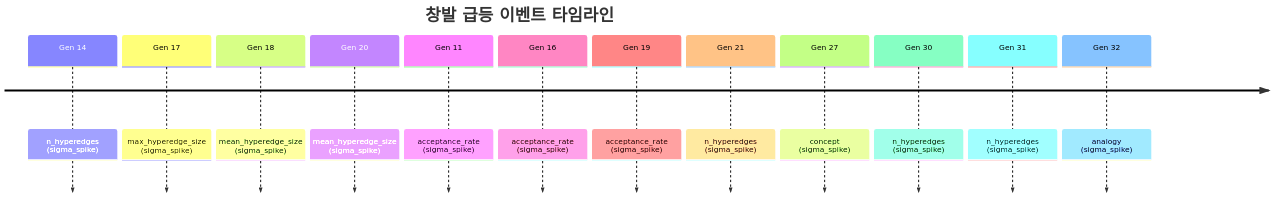
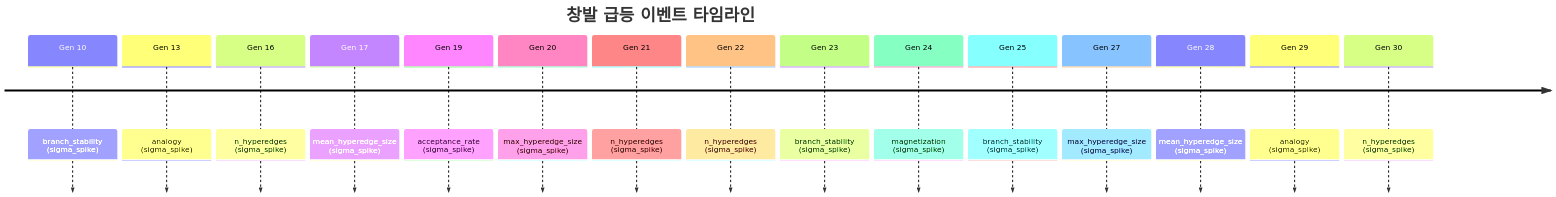
One commit to need-singularity/test-1 changed the second of 2 diagrams in README.md. Above: the diagram before and after it, drawn with Mermaid. The commit also changed other lines of this file and 19 other files, not shown here.

````diff
--- a/README.md
+++ b/README.md
@@ -110,16 +110,19 @@
 ```mermaid
 timeline
     title 창발 급등 이벤트 타임라인
-    Gen 14 : n_hyperedges (sigma_spike)
-    Gen 17 : max_hyperedge_size (sigma_spike)
-    Gen 18 : mean_hyperedge_size (sigma_spike)
-    Gen 20 : mean_hyperedge_size (sigma_spike)
-    Gen 11 : acceptance_rate (sigma_spike)
-    Gen 16 : acceptance_rate (sigma_spike)
+    Gen 10 : branch_stability (sigma_spike)
+    Gen 13 : analogy (sigma_spike)
+    Gen 16 : n_hyperedges (sigma_spike)
+    Gen 17 : mean_hyperedge_size (sigma_spike)
     Gen 19 : acceptance_rate (sigma_spike)
+    Gen 20 : max_hyperedge_size (sigma_spike)
     Gen 21 : n_hyperedges (sigma_spike)
-    Gen 27 : concept (sigma_spike)
+    Gen 22 : n_hyperedges (sigma_spike)
+    Gen 23 : branch_stability (sigma_spike)
+    Gen 24 : magnetization (sigma_spike)
+    Gen 25 : branch_stability (sigma_spike)
+    Gen 27 : max_hyperedge_size (sigma_spike)
+    Gen 28 : mean_hyperedge_size (sigma_spike)
+    Gen 29 : analogy (sigma_spike)
     Gen 30 : n_hyperedges (sigma_spike)
-    Gen 31 : n_hyperedges (sigma_spike)
-    Gen 32 : analogy (sigma_spike)
 ```
````
